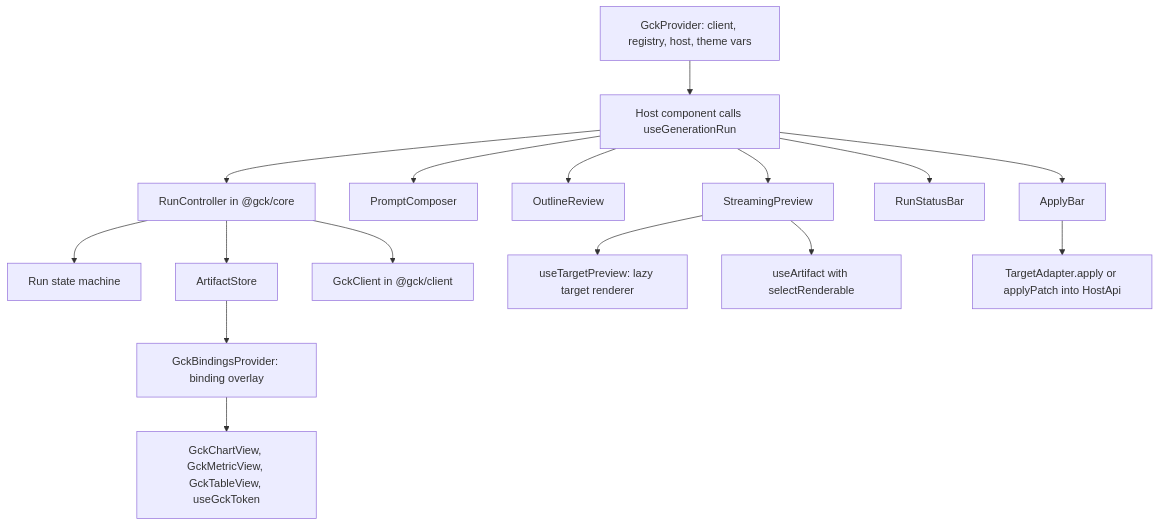
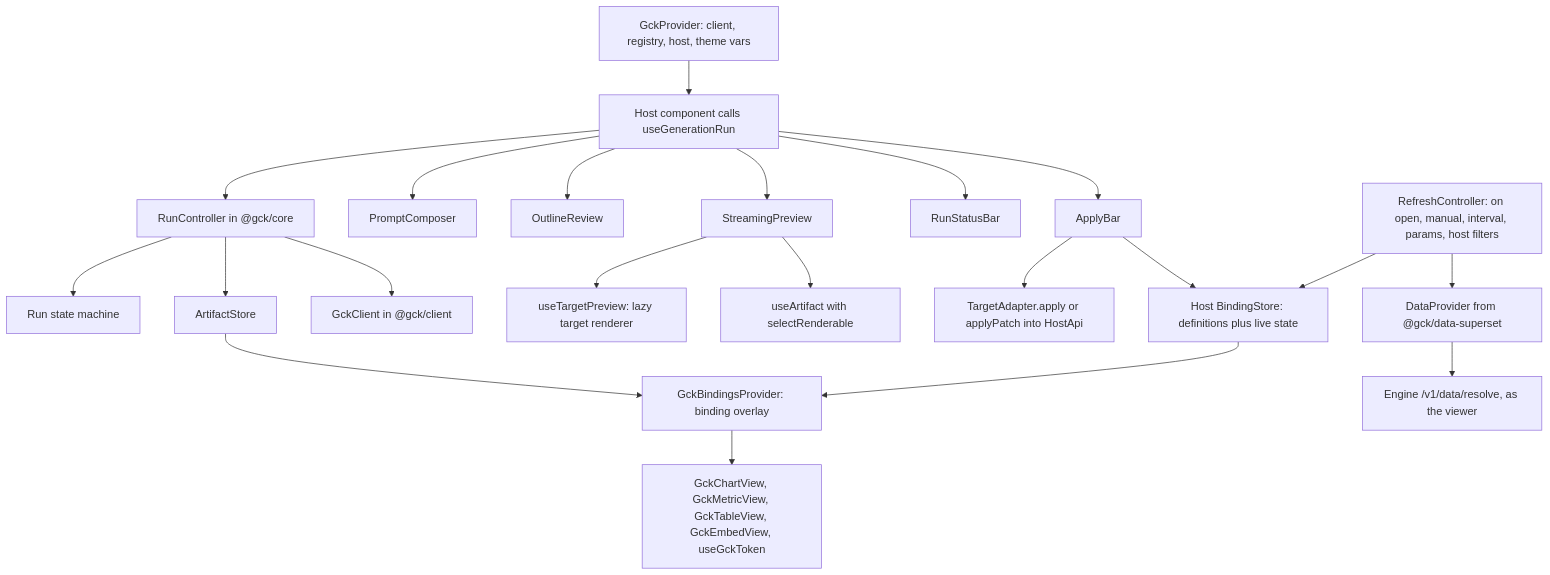
Before and after one commit to debnathSD/presenton-os: the first of 3 diagrams in tutorial/content/ai-component/64-react-sdk-and-ui-kit.md, drawn with Mermaid. The commit also changed other lines of this file and 12 other files, not shown here.

First line of the commit message:
docs: make every GCK target use live Superset data

````diff
--- a/tutorial/content/ai-component/64-react-sdk-and-ui-kit.md
+++ b/tutorial/content/ai-component/64-react-sdk-and-ui-kit.md
@@ -15,18 +17,23 @@
 ```mermaid
 flowchart TD
     P["GckProvider: client, registry, host, theme vars"] --> G["Host component calls useGenerationRun"]
     G --> C["RunController in @gck/core"]
     C --> M["Run state machine"]
     C --> S["ArtifactStore"]
     C --> K["GckClient in @gck/client"]
     G --> PC["PromptComposer"]
     G --> OR["OutlineReview"]
     G --> SP["StreamingPreview"]
     G --> RS["RunStatusBar"]
     G --> AB["ApplyBar"]
     SP --> TP["useTargetPreview: lazy target renderer"]
     SP --> UA["useArtifact with selectRenderable"]
     AB --> TA["TargetAdapter.apply or applyPatch into HostApi"]
     S --> BP["GckBindingsProvider: binding overlay"]
-    BP --> DV["GckChartView, GckMetricView, GckTableView, useGckToken"]
+    BP --> DV["GckChartView, GckMetricView, GckTableView, GckEmbedView, useGckToken"]
+    AB --> HS["Host BindingStore: definitions plus live state"]
+    HS --> BP
+    RC["RefreshController: on open, manual, interval, params, host filters"] --> HS
+    RC --> DP["DataProvider from @gck/data-superset"]
+    DP --> EN["Engine /v1/data/resolve, as the viewer"]
 ```
````
